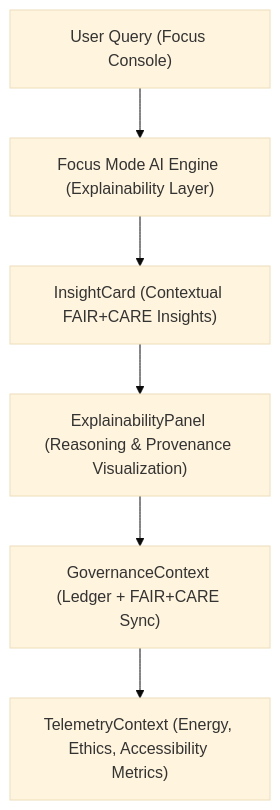
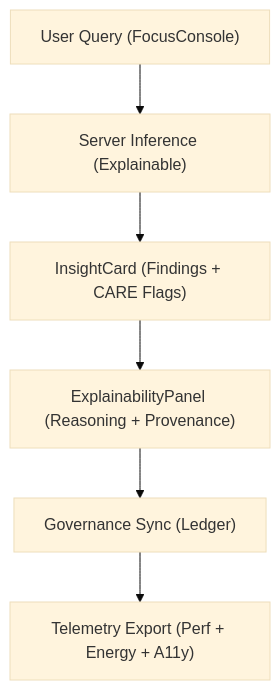
One commit to bartytime4life/Kansas-Frontier-Matrix changed the diagram in web/src/components/FocusMode/README.md. Above: the diagram before and after it, drawn with Mermaid (base theme). The commit also changed other lines of this file, not shown here.

````diff
--- a/web/src/components/FocusMode/README.md
+++ b/web/src/components/FocusMode/README.md
@@ -63,8 +53,8 @@
 ```mermaid
 flowchart TD
-    A["User Query (Focus Console)"] --> B["Focus Mode AI Engine (Explainability Layer)"]
-    B --> C["InsightCard (Contextual FAIR+CARE Insights)"]
-    C --> D["ExplainabilityPanel (Reasoning & Provenance Visualization)"]
-    D --> E["GovernanceContext (Ledger + FAIR+CARE Sync)"]
-    E --> F["TelemetryContext (Energy, Ethics, Accessibility Metrics)"]
+A["User Query (FocusConsole)"] --> B["Server Inference (Explainable)"]
+B --> C["InsightCard (Findings + CARE Flags)"]
+C --> D["ExplainabilityPanel (Reasoning + Provenance)"]
+D --> E["Governance Sync (Ledger)"]
+E --> F["Telemetry Export (Perf + Energy + A11y)"]
 ```
````
